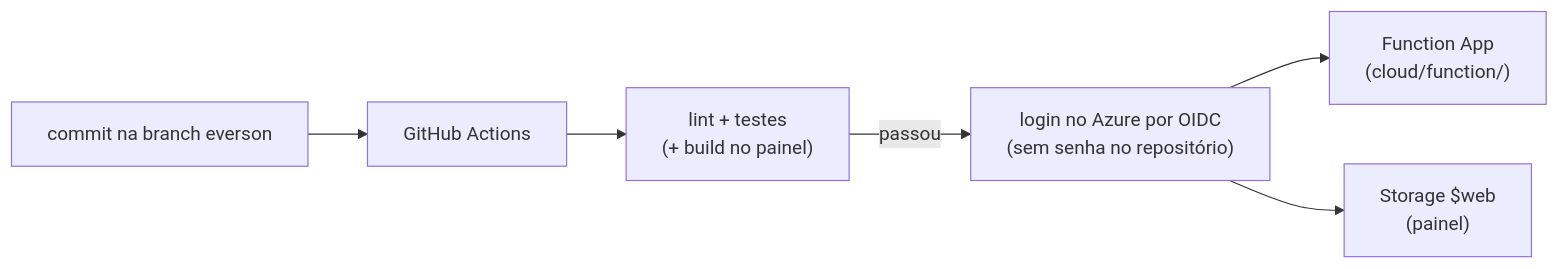
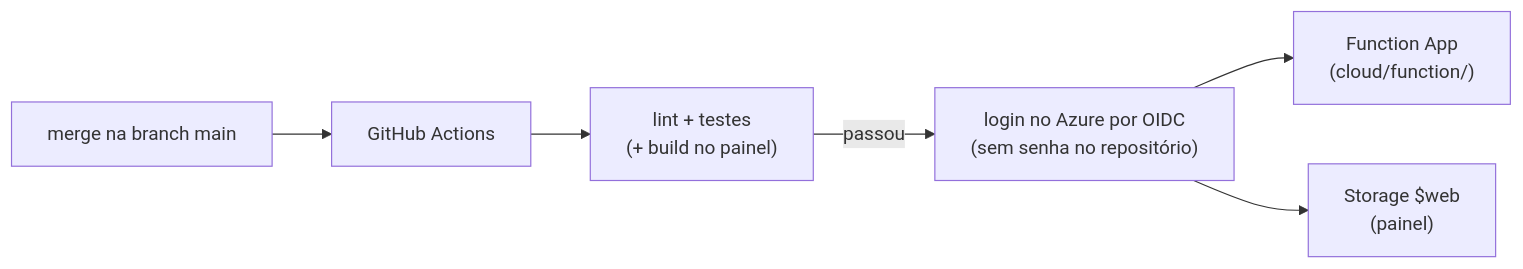
One commit to mbalbuquerque/projeto-integrador-4-periodo changed the second of 2 diagrams in docs/funcionalidades.md. Above: the diagram before and after it, drawn with Mermaid. The commit also changed other lines of this file and 9 other files, not shown here.

````diff
--- a/docs/funcionalidades.md
+++ b/docs/funcionalidades.md
@@ -264,8 +264,8 @@
 ```mermaid
 flowchart LR
-    DEV["commit na branch everson"] --> GH["GitHub Actions"]
+    DEV["merge na branch main"] --> GH["GitHub Actions"]
     GH --> T["lint + testes<br/>(+ build no painel)"]
     T -- "passou" --> OIDC["login no Azure por OIDC<br/>(sem senha no repositório)"]
     OIDC --> API["Function App<br/>(cloud/function/)"]
     OIDC --> SITE["Storage $web<br/>(painel)"]
 ```
````
